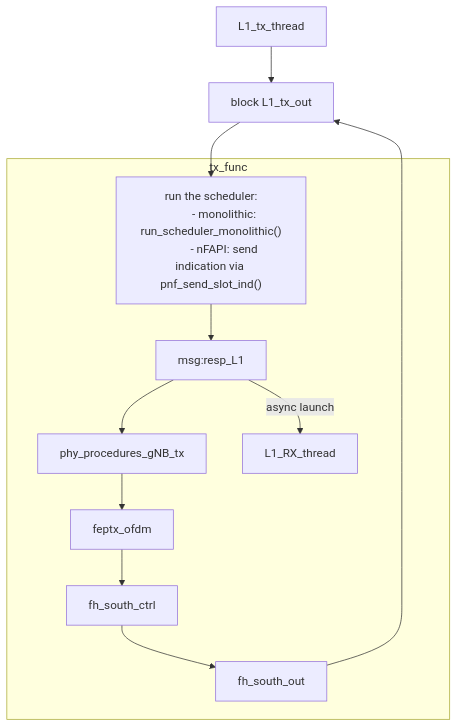
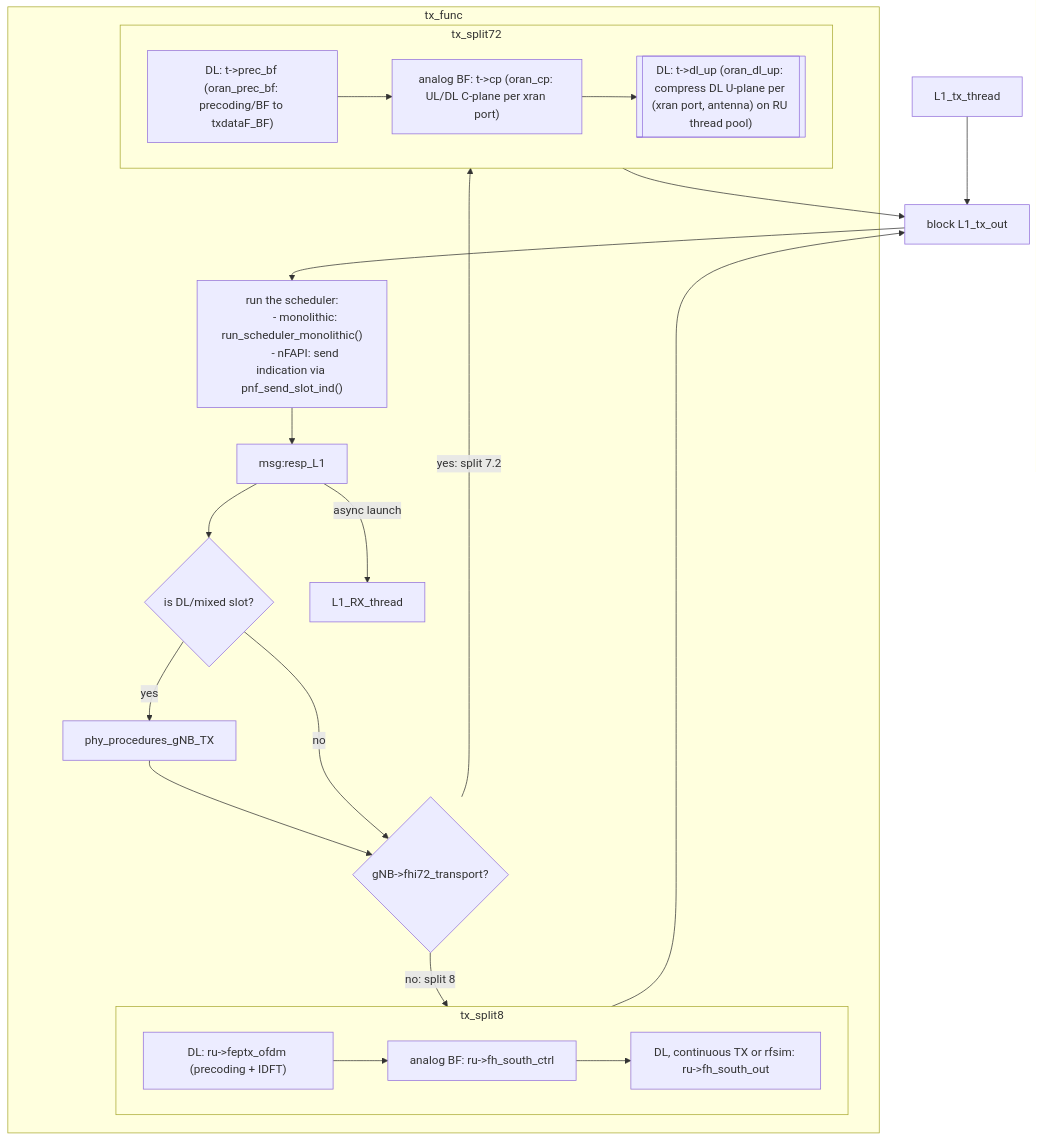
Before and after one commit to duranta-project/openairinterface5g: the fourth of 5 diagrams in doc/SW-archi-graph.md, drawn with Mermaid. The commit also changed other lines of this file and 1 other file, not shown here.

First line of the commit message:
doc: describe the L1 and split 8/7.2 in SW architecture docs

````diff
--- a/doc/SW-archi-graph.md
+++ b/doc/SW-archi-graph.md
@@ -28,14 +140,28 @@
 ```mermaid
 flowchart TB
     L1_tx_thread --> TX_in[block L1_tx_out] --> NR_slot_indication
 
     subgraph tx_func
 
-        NR_slot_indication --> msg:resp_L1 --> phy_procedures_gNB_tx --> feptx_ofdm --> fh_south_ctrl --> fh_south_out
+        NR_slot_indication --> msg:resp_L1 --> DL{is DL/mixed slot?}
+        DL -- yes --> phy_procedures_gNB_TX --> split{"gNB->fhi72_transport?"}
+        DL -- no --> split
         NR_slot_indication["run the scheduler:
           - monolithic: run_scheduler_monolithic()
           - nFAPI: send indication via pnf_send_slot_ind()"]
         msg:resp_L1 -- async launch --> L1_RX_thread
+
+        split -- "no: split 8" --> tx_split8
+        split -- "yes: split 7.2" --> tx_split72
+
+        subgraph tx_split8
+            feptx_ofdm["DL: ru->feptx_ofdm (precoding + IDFT)"] --> fh_south_ctrl["analog BF: ru->fh_south_ctrl"] --> fh_south_out["DL, continuous TX or rfsim: ru->fh_south_out"]
+        end
+
+        subgraph tx_split72
+            prec_bf["DL: t->prec_bf (oran_prec_bf: precoding/BF to txdataF_BF)"] --> cp["analog BF: t->cp (oran_cp: UL/DL C-plane per xran port)"] --> dl_up[["DL: t->dl_up (oran_dl_up: compress DL U-plane per (xran port, antenna) on RU thread pool)"]]
+        end
     end
-    fh_south_out --> TX_in
+    tx_split8 --> TX_in
+    tx_split72 --> TX_in
 ```
````
